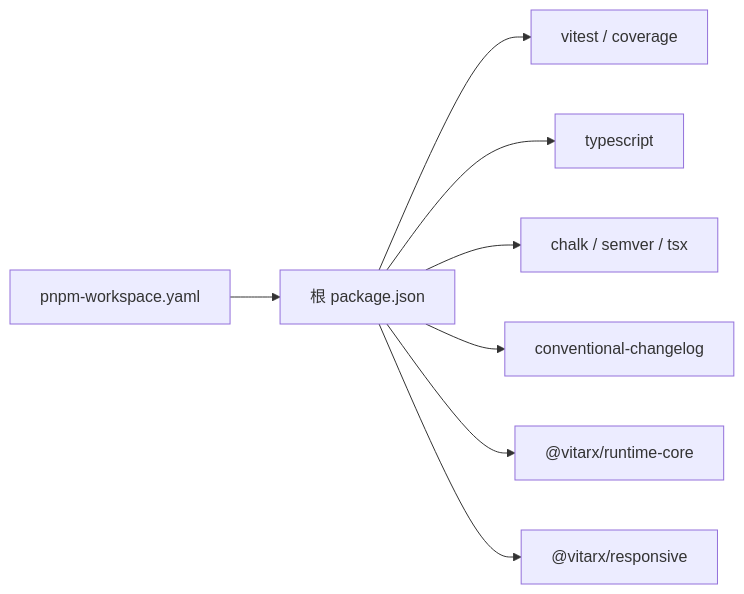
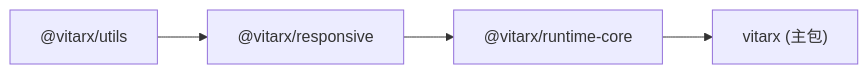
One commit to vitarx-lib/core changed the fifth of 5 diagrams in .qoder/repowiki/zh/content/贡献指南.md. Above: the diagram before and after it, drawn with Mermaid. The commit also changed other lines of this file and 62 other files, not shown here.

````diff
--- a/.qoder/repowiki/zh/content/贡献指南.md
+++ b/.qoder/repowiki/zh/content/贡献指南.md
@@ -255,10 +228,6 @@
 ```mermaid
 graph LR
-Pnpm["pnpm-workspace.yaml"] --> RootPkg["根 package.json"]
-RootPkg --> Vitest["vitest / coverage"]
-RootPkg --> TS["typescript"]
-RootPkg --> Tools["chalk / semver / tsx"]
-RootPkg --> Changelog["conventional-changelog"]
-RootPkg --> RuntimeCore["@vitarx/runtime-core"]
-RootPkg --> Responsive["@vitarx/responsive"]
+Utils["@vitarx/utils"] --> Resp["@vitarx/responsive"]
+Resp --> RTC["@vitarx/runtime-core"]
+RTC --> RootPkg["vitarx (主包)"]
 ```
````
